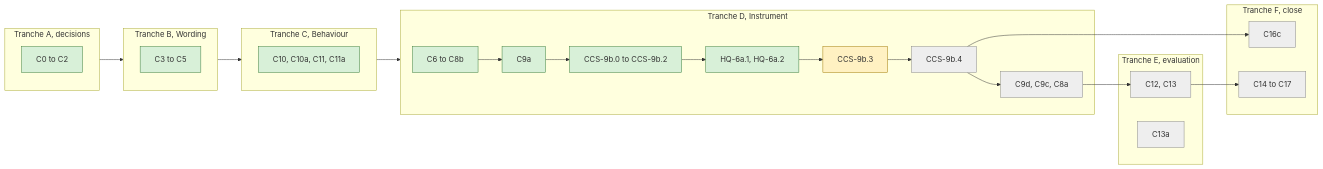
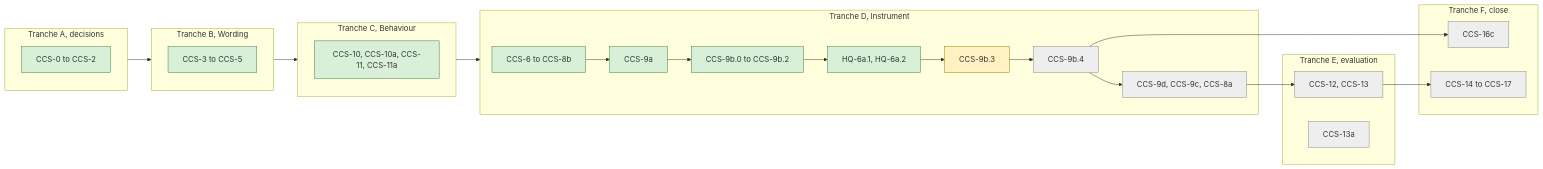
Diagram 17 of 22 in docs/developer/ROADMAP.md (nebularis/lattice), drawn with Mermaid before and after one commit. The commit also changed other lines of this file and 9 other files, not shown here.

First line of the commit message:
ROADMAP.md kept whole: a chart per epic from its first day, sections 9 generated, every hand-written section refreshed, and the contract attends to it at every handoff

````diff
--- a/docs/developer/ROADMAP.md
+++ b/docs/developer/ROADMAP.md
@@ -477,36 +541,36 @@
 ```mermaid
 flowchart LR
     subgraph A["Tranche A, decisions"]
-        C0["C0 to C2"]
+        A1["CCS-0 to CCS-2"]
     end
     subgraph B["Tranche B, Wording"]
-        C3["C3 to C5"]
+        B1["CCS-3 to CCS-5"]
     end
     subgraph C["Tranche C, Behaviour"]
-        C10["C10, C10a, C11, C11a"]
+        C1["CCS-10, CCS-10a, CCS-11, CCS-11a"]
     end
     subgraph D["Tranche D, Instrument"]
-        C6["C6 to C8b"] --> C9a["C9a"] --> C9b["CCS-9b.0 to CCS-9b.2"] --> HQ6["HQ-6a.1, HQ-6a.2"]
-        HQ6 --> CCS-9b.3["CCS-9b.3"] --> CCS-9b.4["CCS-9b.4"]
-        CCS-9b.4 --> C9rest["C9d, C9c, C8a"]
+        D1["CCS-6 to CCS-8b"] --> D2["CCS-9a"] --> D3["CCS-9b.0 to CCS-9b.2"] --> D4["HQ-6a.1, HQ-6a.2"]
+        D4 --> D5["CCS-9b.3"] --> D6["CCS-9b.4"]
+        D6 --> D7["CCS-9d, CCS-9c, CCS-8a"]
     end
     subgraph E["Tranche E, evaluation"]
-        C12["C12, C13"]
-        C13a["C13a"]
+        E1["CCS-12, CCS-13"]
+        E2["CCS-13a"]
     end
     subgraph F["Tranche F, close"]
-        C16c["C16c"]
-        C14["C14 to C17"]
+        F1["CCS-16c"]
+        F2["CCS-14 to CCS-17"]
     end
     A --> B --> C --> D
-    C9rest --> C12
-    CCS-9b.4 --> C16c
-    C12 --> C14
+    D7 --> E1
+    D6 --> F1
+    E1 --> F2
 
     classDef done fill:#d8f0d8,stroke:#3a7d3a
     classDef next fill:#fff1c2,stroke:#a07800
     classDef wait fill:#eeeeee,stroke:#888888
-    class C0,C3,C10,C6,C9a,C9b,HQ6 done
-    class CCS-9b.3 next
-    class CCS-9b.4,C9rest,C12,C13a,C16c,C14 wait
+    class A1,B1,C1,D1,D2,D3,D4 done
+    class D5 next
+    class D6,D7,E1,E2,F1,F2 wait
 ```
````
